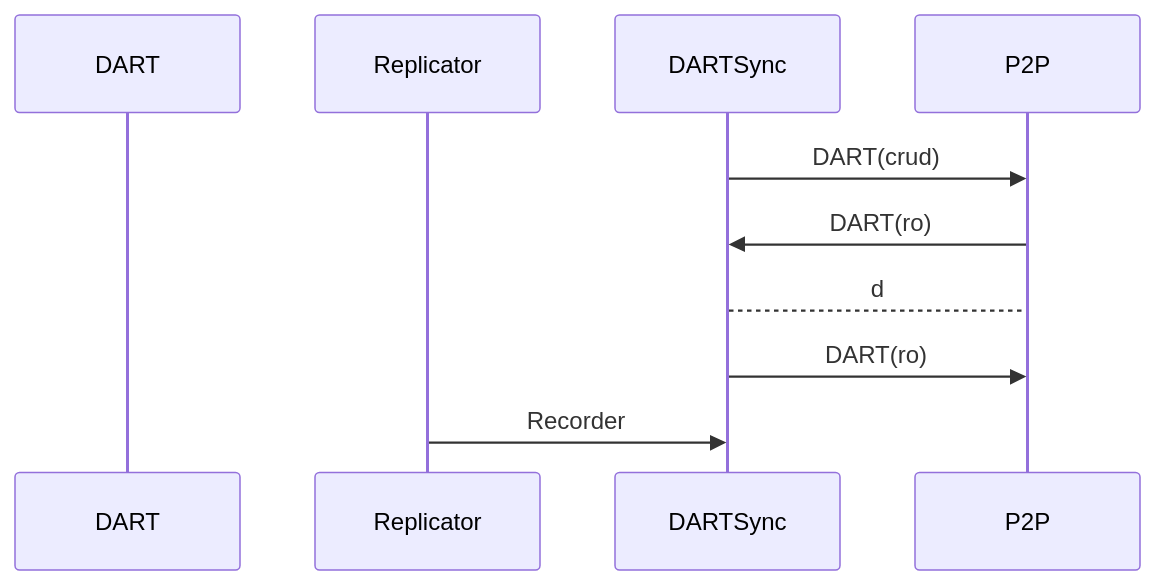
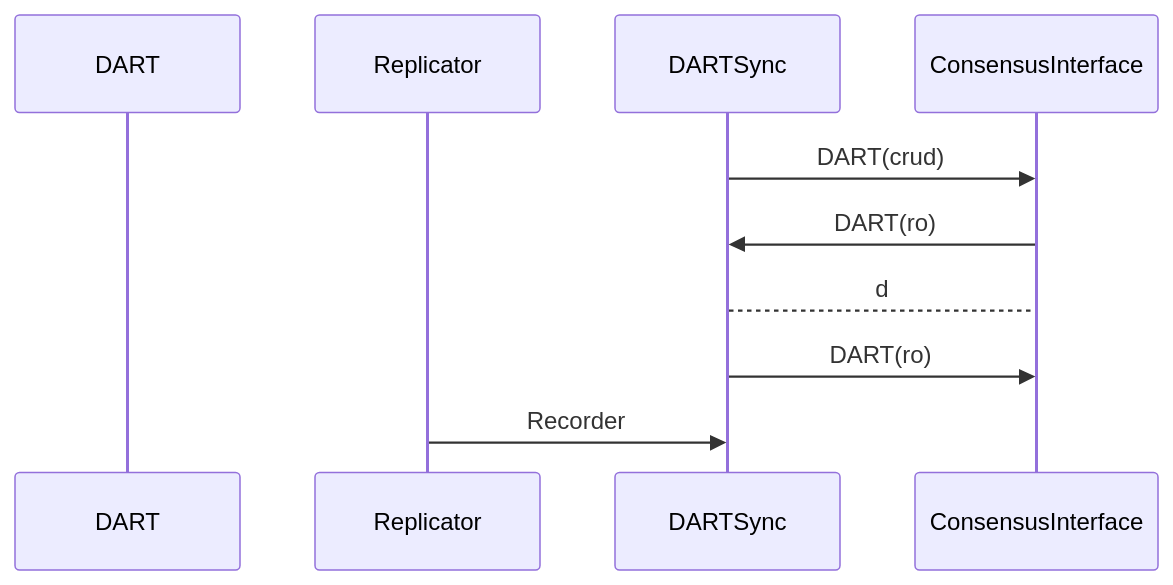
The diagram in documents/architecture/DARTSync.md (tagion/tagion), drawn with Mermaid before and after one commit. The commit also changed other lines of this file and 5 other files, not shown here.

Commit message:
DOC: P2P renamed to ConsensusInterface

````diff
--- a/documents/architecture/DARTSync.md
+++ b/documents/architecture/DARTSync.md
@@ -24,13 +24,13 @@
 ```mermaid
 sequenceDiagram
     participant DART 
     participant Replicator 
     participant DARTSync
-    participant P2P 
-    DARTSync ->> P2P: DART(crud)
-    P2P ->> DARTSync: DART(ro)
-	DARTSync --> P2P: d
-    DARTSync ->> P2P: DART(ro)
+    participant ConsensusInterface 
+    DARTSync ->> ConsensusInterface: DART(crud)
+    ConsensusInterface ->> DARTSync: DART(ro)
+	DARTSync --> ConsensusInterface: d
+    DARTSync ->> ConsensusInterface: DART(ro)
     Replicator ->> DARTSync: Recorder
 
 ```
````
